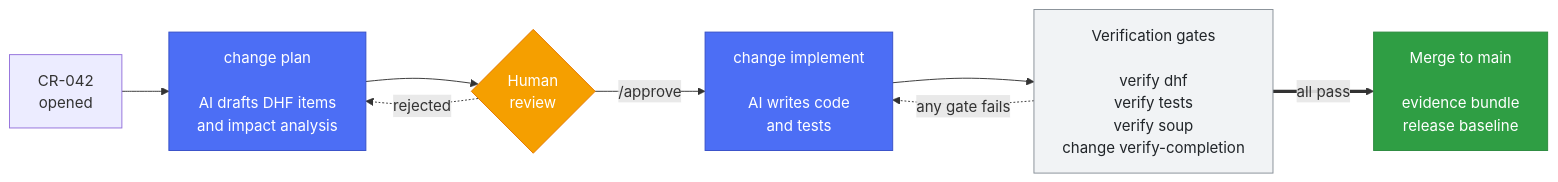
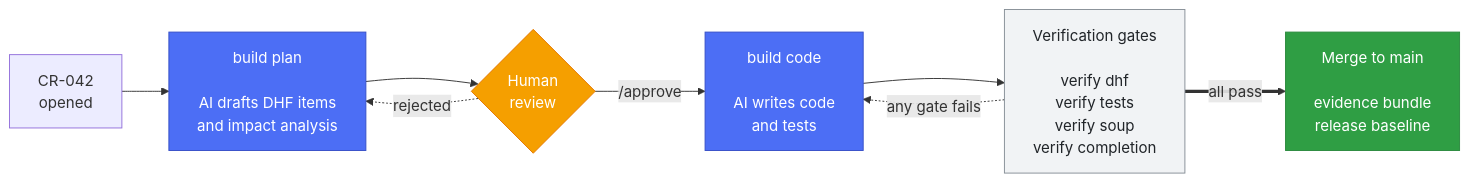
One commit to itercharles/MedHarness changed the diagram in README.md. Above: the diagram before and after it, drawn with Mermaid. The commit also changed other lines of this file and 57 other files, not shown here.

First line of the commit message:
refactor: three verbs — verify, build, workflow (#315)

````diff
--- a/README.md
+++ b/README.md
@@ -57,16 +57,16 @@
 ```mermaid
 flowchart LR
     CR["CR-042<br/>opened"] --> PLAN
-    PLAN["change plan<br/><br/>AI drafts DHF items<br/>and impact analysis"] --> REV{"Human<br/>review"}
+    PLAN["build plan<br/><br/>AI drafts DHF items<br/>and impact analysis"] --> REV{"Human<br/>review"}
     REV -.->|rejected| PLAN
-    REV -->|"/approve"| IMPL["change implement<br/><br/>AI writes code<br/>and tests"]
-    IMPL --> GATES["Verification gates<br/><br/>verify dhf<br/>verify tests<br/>verify soup<br/>change verify-completion"]
+    REV -->|"/approve"| IMPL["build code<br/><br/>AI writes code<br/>and tests"]
+    IMPL --> GATES["Verification gates<br/><br/>verify dhf<br/>verify tests<br/>verify soup<br/>verify completion"]
     GATES -.->|any gate fails| IMPL
     GATES ==>|all pass| MERGE["Merge to main<br/><br/>evidence bundle<br/>release baseline"]
 
     style PLAN fill:#4c6ef5,color:#fff,stroke:#364fc7
     style IMPL fill:#4c6ef5,color:#fff,stroke:#364fc7
     style REV fill:#f59f00,color:#fff,stroke:#e67700
     style GATES fill:#f1f3f5,color:#212529,stroke:#868e96
     style MERGE fill:#2f9e44,color:#fff,stroke:#2b8a3e
 ```
````
